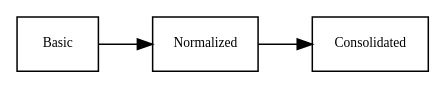
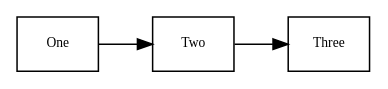
One commit to fotrimzi/sphinx-showcase changed the diagram in source/graphviz.rst. Above: the diagram before and after it, drawn with Graphviz. The commit also changed other lines of this file and 43 other files, not shown here.

```diff
--- a/source/graphviz.rst
+++ b/source/graphviz.rst
@@ -9,13 +9,13 @@
 .. graphviz::
 
    digraph {
       rankdir=LR;
 
       node [shape=box fontsize=9];
 
-      basic [label="Basic"];
-      norm  [label="Normalized"];
-      cons  [label="Consolidated"];
+      one [label="One"];
+      two  [label="Two"];
+      tre  [label="Three"];
 
-      basic -> norm -> cons;
+      one -> two -> tre;
    }
```
